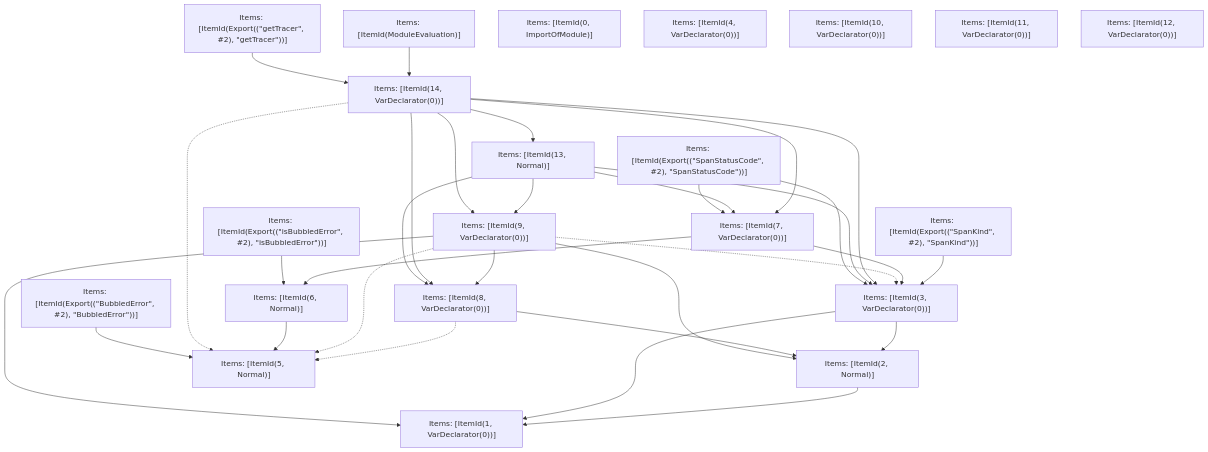
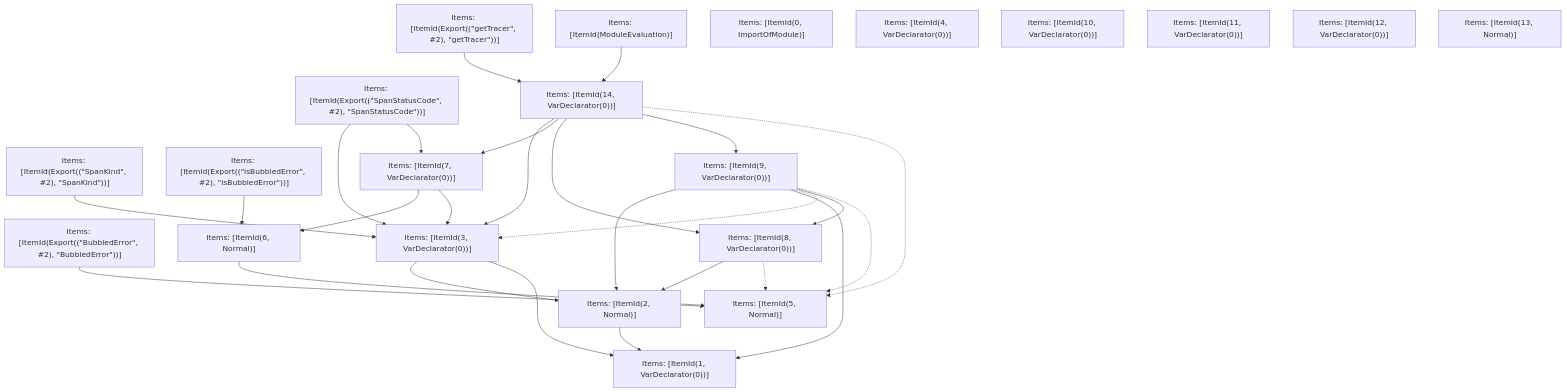
Before and after one commit to Sonar-UX-Testing-FreePlan/next.js: the fifth of 5 diagrams in turbopack/crates/turbopack-ecmascript/tests/tree-shaker/analyzer/nextjs-tracer/output.md, drawn with Mermaid. The commit also changed other lines of this file and 30 other files, not shown here.

````diff
--- a/turbopack/crates/turbopack-ecmascript/tests/tree-shaker/analyzer/nextjs-tracer/output.md
+++ b/turbopack/crates/turbopack-ecmascript/tests/tree-shaker/analyzer/nextjs-tracer/output.md
@@ -597,54 +597,49 @@
 ```mermaid
 graph TD
     N0["Items: [ItemId(ModuleEvaluation)]"];
     N1["Items: [ItemId(Export((&quot;BubbledError&quot;, #2), &quot;BubbledError&quot;))]"];
     N2["Items: [ItemId(Export((&quot;SpanKind&quot;, #2), &quot;SpanKind&quot;))]"];
     N3["Items: [ItemId(Export((&quot;SpanStatusCode&quot;, #2), &quot;SpanStatusCode&quot;))]"];
     N4["Items: [ItemId(Export((&quot;getTracer&quot;, #2), &quot;getTracer&quot;))]"];
     N5["Items: [ItemId(Export((&quot;isBubbledError&quot;, #2), &quot;isBubbledError&quot;))]"];
     N6["Items: [ItemId(1, VarDeclarator(0))]"];
     N7["Items: [ItemId(2, Normal)]"];
     N8["Items: [ItemId(3, VarDeclarator(0))]"];
     N9["Items: [ItemId(5, Normal)]"];
     N10["Items: [ItemId(6, Normal)]"];
     N11["Items: [ItemId(7, VarDeclarator(0))]"];
     N12["Items: [ItemId(8, VarDeclarator(0))]"];
     N13["Items: [ItemId(9, VarDeclarator(0))]"];
-    N14["Items: [ItemId(13, Normal)]"];
-    N15["Items: [ItemId(14, VarDeclarator(0))]"];
-    N16["Items: [ItemId(0, ImportOfModule)]"];
-    N17["Items: [ItemId(4, VarDeclarator(0))]"];
-    N18["Items: [ItemId(10, VarDeclarator(0))]"];
-    N19["Items: [ItemId(11, VarDeclarator(0))]"];
-    N20["Items: [ItemId(12, VarDeclarator(0))]"];
+    N14["Items: [ItemId(14, VarDeclarator(0))]"];
+    N15["Items: [ItemId(0, ImportOfModule)]"];
+    N16["Items: [ItemId(4, VarDeclarator(0))]"];
+    N17["Items: [ItemId(10, VarDeclarator(0))]"];
+    N18["Items: [ItemId(11, VarDeclarator(0))]"];
+    N19["Items: [ItemId(12, VarDeclarator(0))]"];
+    N20["Items: [ItemId(13, Normal)]"];
     N7 --> N6;
-    N2 --> N8;
+    N10 --> N9;
     N8 --> N7;
     N8 --> N6;
     N11 --> N10;
     N11 --> N8;
     N12 --> N7;
     N12 -.-> N9;
     N13 --> N7;
     N13 --> N6;
     N13 -.-> N8;
     N13 --> N12;
     N13 -.-> N9;
-    N15 --> N8;
+    N2 --> N8;
     N14 --> N8;
-    N15 --> N11;
-    N15 --> N12;
-    N10 --> N9;
+    N1 --> N9;
+    N14 --> N11;
+    N5 --> N10;
+    N14 --> N12;
     N14 --> N13;
-    N14 --> N12;
-    N0 --> N15;
-    N14 --> N11;
-    N15 --> N13;
-    N15 --> N14;
-    N15 -.-> N9;
-    N1 --> N9;
-    N5 --> N10;
-    N4 --> N15;
+    N3 --> N8;
+    N4 --> N14;
     N3 --> N11;
-    N3 --> N8;
+    N0 --> N14;
+    N14 -.-> N9;
 ```
````
